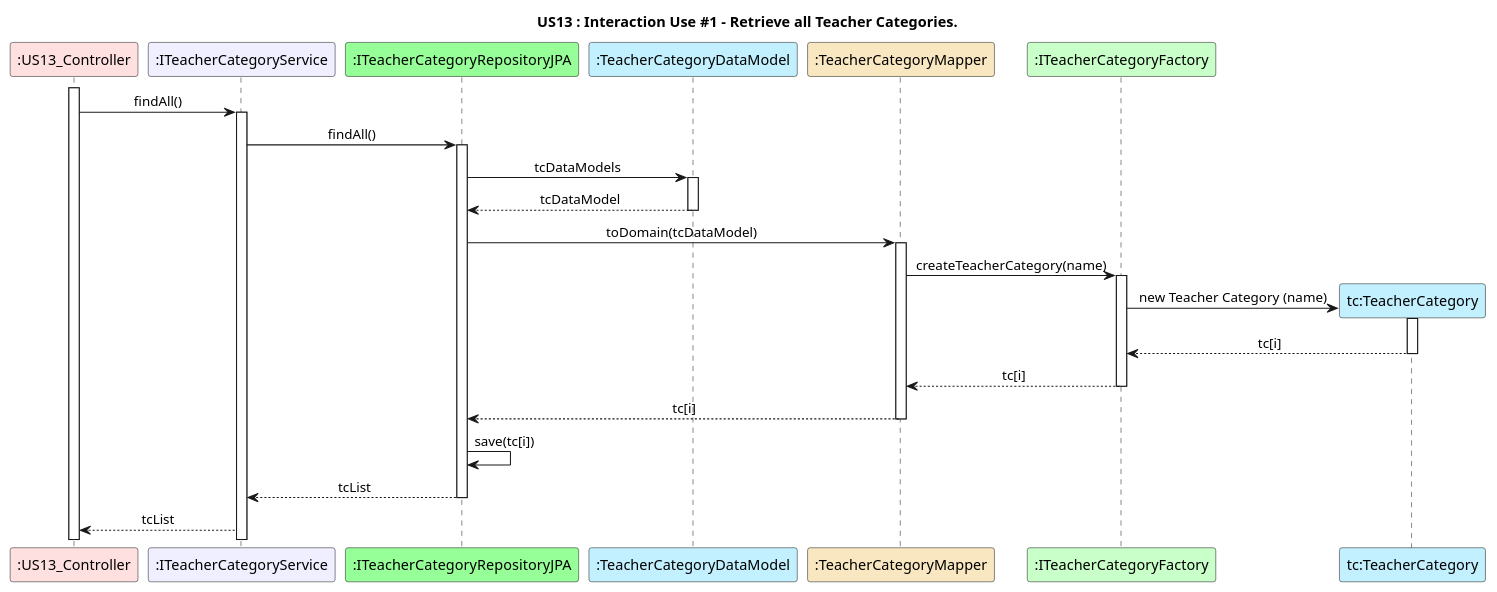
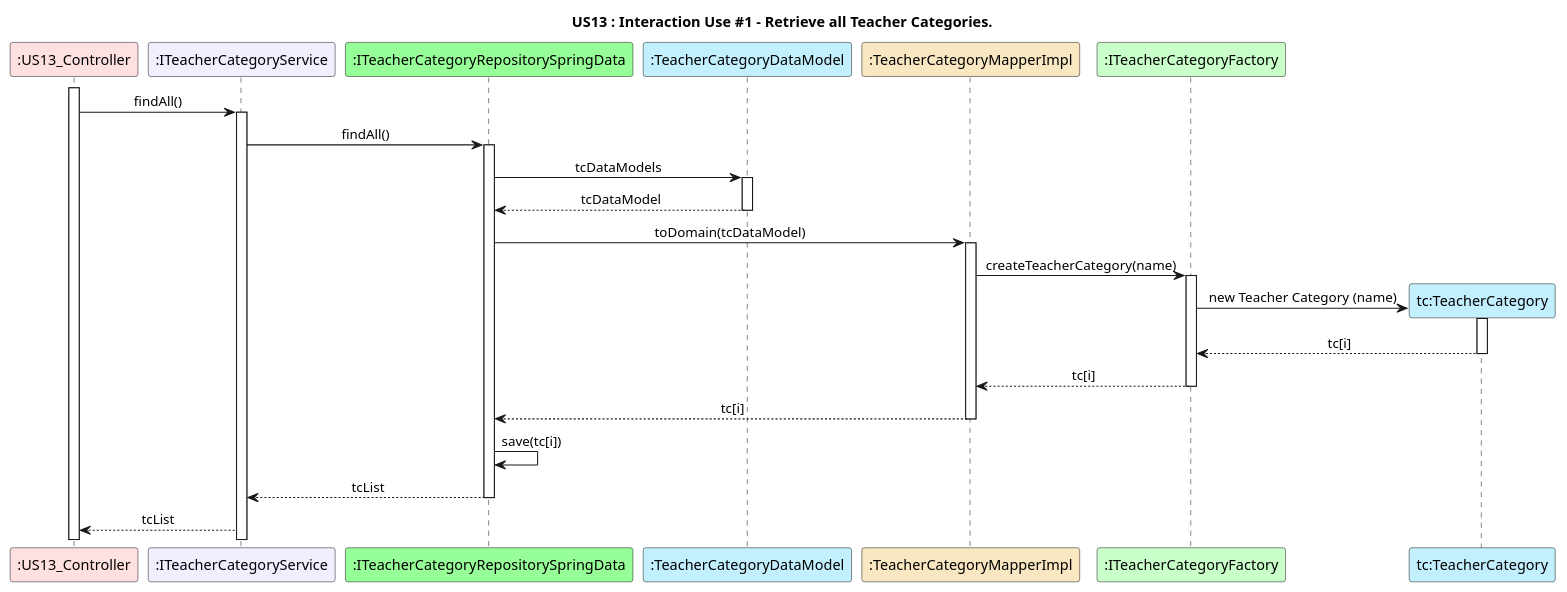
The diagram in docs/US13/Documentation_SpringData_JPA/US13_SD_Interaction_Use_#1.puml (GasparISEP/DevOps-PAI), drawn with PlantUML before and after one commit. The commit also changed 5 other files, not shown here.

Commit message:
Refactored Sequence and Class Diagrams regarding SpringData. Refs #266

```diff
--- a/docs/US13/Documentation_SpringData_JPA/US13_SD_Interaction_Use_#1.puml
+++ b/docs/US13/Documentation_SpringData_JPA/US13_SD_Interaction_Use_#1.puml
@@ -1,40 +1,40 @@
 @startuml
 title US13 : Interaction Use #1 - Retrieve all Teacher Categories.
 skinparam sequenceMessageAlign center
 
 participant ":US13_Controller" as controller #implementation
 participant ":ITeacherCategoryService" as ItcService #motivation
-participant ":ITeacherCategoryRepositoryJPA" as ItcRepoJPA #physical
+participant ":ITeacherCategoryRepositorySpringData" as ItcRepoJPA #physical
 participant ":TeacherCategoryDataModel" as tcDataModel #application
-participant ":TeacherCategoryMapper" as tcMapper #strategy
+participant ":TeacherCategoryMapperImpl" as tcMapper #strategy
 participant ":ITeacherCategoryFactory" as ItcFactory #technology
 participant "tc:TeacherCategory" as tc #application
 
 
 
 activate controller
 controller -> ItcService : findAll()
 activate ItcService
 ItcService -> ItcRepoJPA : findAll()
 activate ItcRepoJPA
 ItcRepoJPA -> tcDataModel : tcDataModels
 activate tcDataModel
 tcDataModel --> ItcRepoJPA : tcDataModel
 deactivate tcDataModel
 ItcRepoJPA -> tcMapper : toDomain(tcDataModel)
 activate tcMapper
 tcMapper -> ItcFactory : createTeacherCategory(name)
 activate ItcFactory
 ItcFactory -> tc** : new Teacher Category (name)
 activate tc
 tc --> ItcFactory : tc[i]
 deactivate tc
 ItcFactory --> tcMapper : tc[i]
 deactivate ItcFactory
 tcMapper --> ItcRepoJPA : tc[i]
 deactivate tcMapper
 ItcRepoJPA -> ItcRepoJPA : save(tc[i])
 ItcRepoJPA --> ItcService : tcList
 deactivate ItcRepoJPA
 ItcService --> controller : tcList
 @enduml
```
